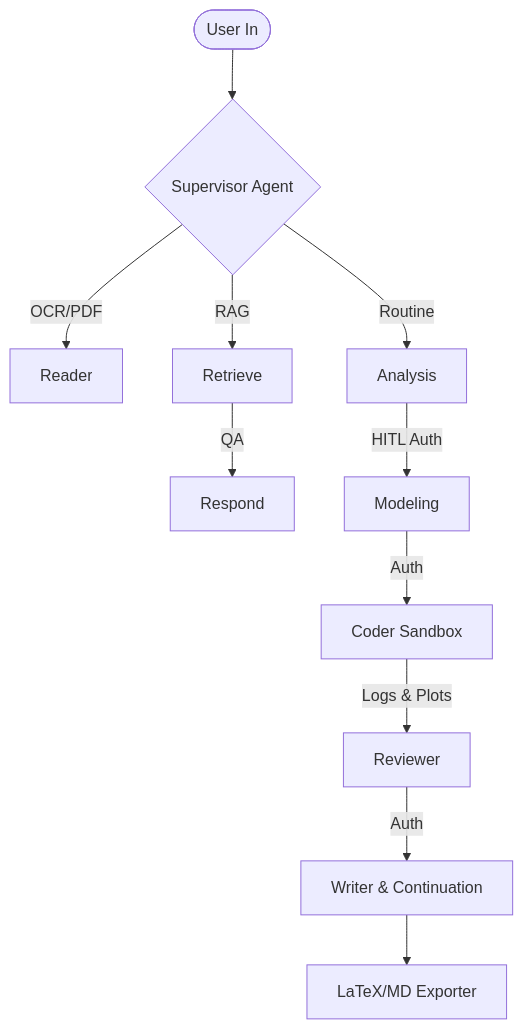
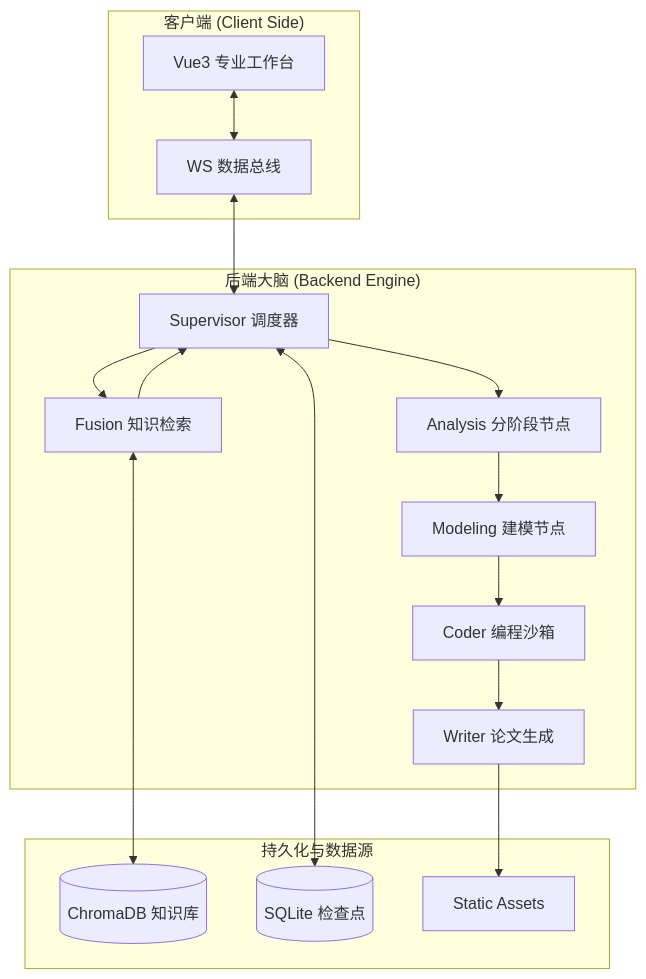
Before and after one commit to Emiyaaaaaaaa/MM_Agent_Project: the diagram in README.md, drawn with Mermaid. The commit also changed other lines of this file and 74 other files, not shown here.

````diff
--- a/README.md
+++ b/README.md
@@ -17,10 +38,30 @@
 ```mermaid
 graph TD
-    User([User In]) --> Supervisor{Supervisor Agent}
-    Supervisor -- OCR/PDF --> Reader[Reader]
-    Supervisor -- RAG --> Retrieve[Retrieve] -- QA --> Respond[Respond]
-    Supervisor -- Routine --> Analyzer[Analysis]
-    Analyzer -- HITL Auth --> Modeler[Modeling] -- Auth --> Coder[Coder Sandbox]
-    Coder -- Logs & Plots --> Reviewer[Reviewer] -- Auth --> Writer[Writer & Continuation]
-    Writer --> Export[LaTeX/MD Exporter]
+    subgraph "客户端 (Client Side)"
+        UI[Vue3 专业工作台] <--> Bus[WS 数据总线]
+    end
+
+    subgraph "后端大脑 (Backend Engine)"
+        SV[Supervisor 调度器]
+        FN[Fusion 知识检索]
+        AZ[Analysis 分阶段节点]
+        MD[Modeling 建模节点]
+        CD[Coder 编程沙箱]
+        WT[Writer 论文生成]
+        
+        SV --> FN
+        FN --> SV
+        SV --> AZ --> MD --> CD --> WT
+    end
+
+    subgraph "持久化与数据源"
+        DB[(ChromaDB 知识库)]
+        Checkpoint[(SQLite 检查点)]
+        Static[Static Assets]
+    end
+
+    Bus <--> SV
+    FN <--> DB
+    SV <--> Checkpoint
+    WT --> Static
 ```
````
